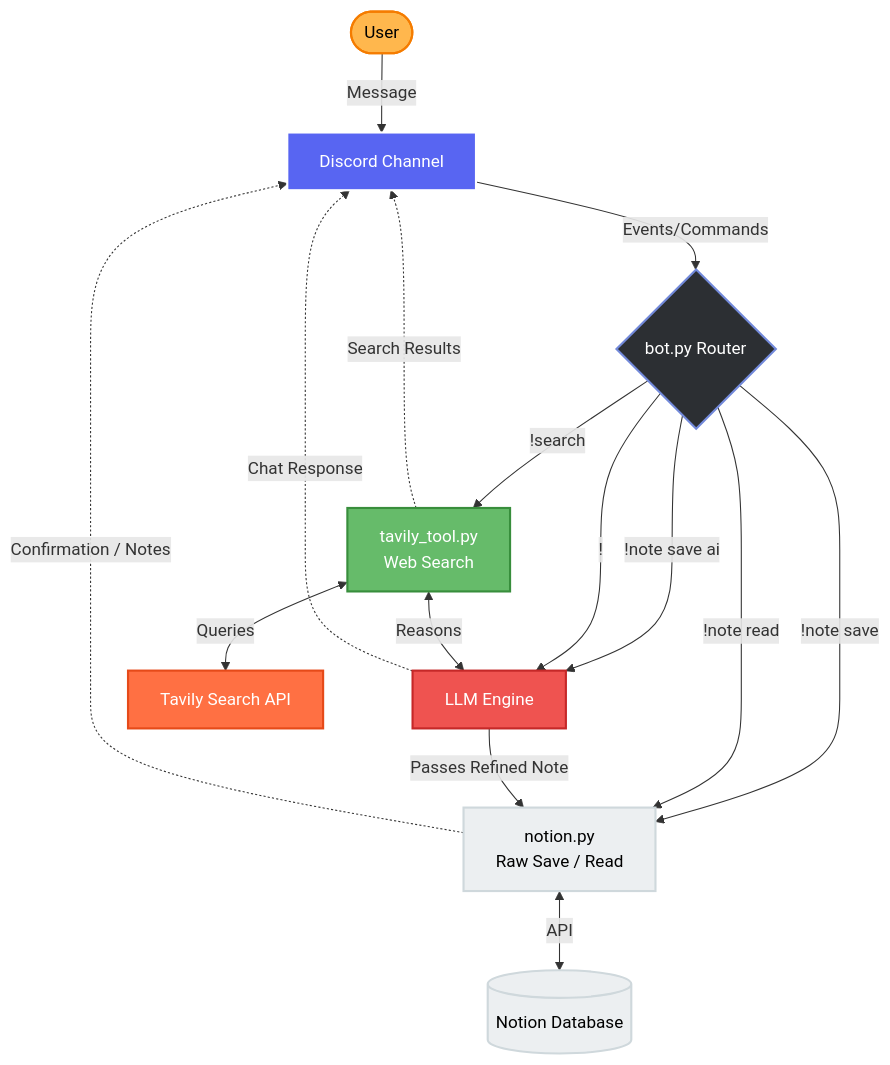
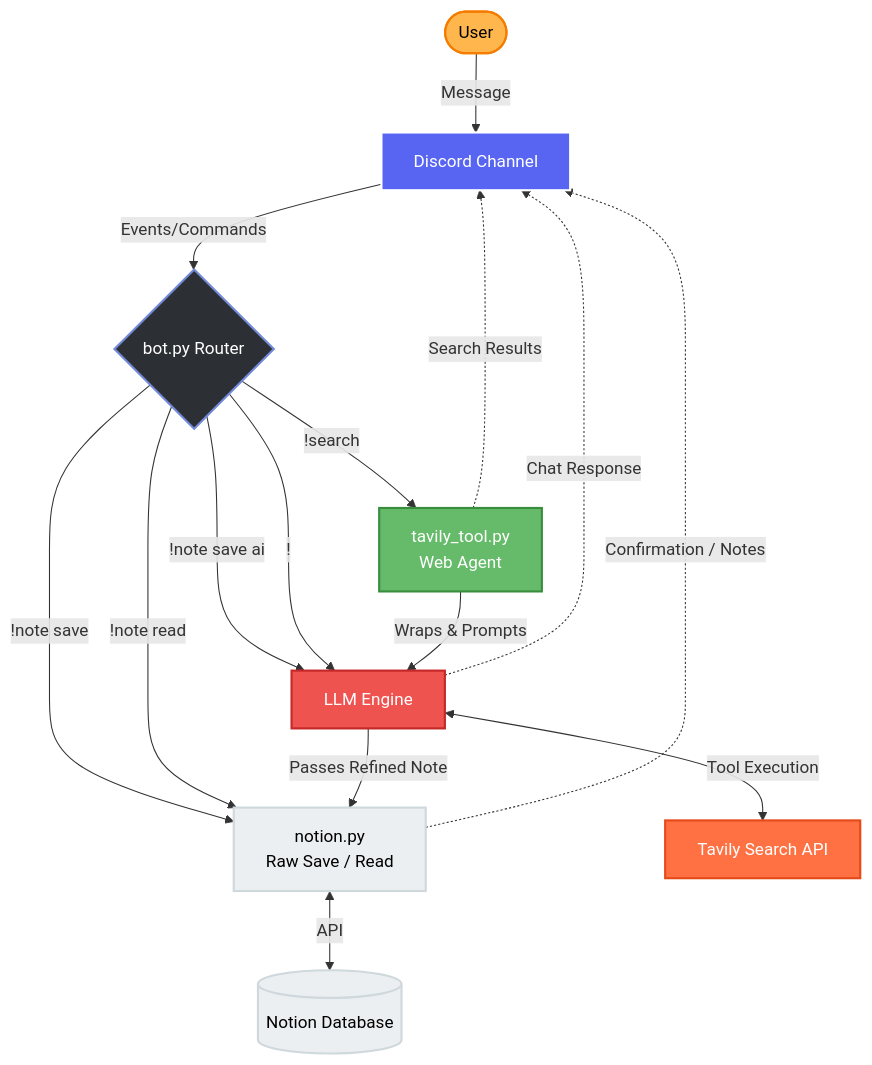
Before and after one commit to farhanrhine/Discord-Notion-Sync: the diagram in README.md, drawn with Mermaid.

Commit message:
refactor: update README to reflect Tavily tool's transition to an agent-based architecture

````diff
--- a/README.md
+++ b/README.md
@@ -16,32 +16,32 @@
 ```mermaid
 flowchart TD
     %% Define Styles
     classDef user fill:#FFB74D,stroke:#F57C00,stroke-width:2px,color:#000;
     classDef discord fill:#5865F2,stroke:#fff,stroke-width:2px,color:#fff;
     classDef bot fill:#2C2F33,stroke:#7289DA,stroke-width:2px,color:#fff;
     classDef agent fill:#66BB6A,stroke:#388E3C,stroke-width:2px,color:#fff;
     classDef notion fill:#ECEFF1,stroke:#CFD8DC,stroke-width:2px,color:#000;
     classDef tavily fill:#FF7043,stroke:#E64A19,stroke-width:2px,color:#fff;
     classDef LLM fill:#EF5350,stroke:#C62828,stroke-width:2px,color:#fff;
 
     User([User]):::user -->|Message| Discord[Discord Channel]:::discord
     Discord -->|Events/Commands| Bot{bot.py Router}:::bot
 
     %% Command Routing Logic
     Bot -->|!note save| NotionNode[notion.py \n Raw Save / Read]:::notion
     Bot -->|!note save ai| LLMCore[LLM Engine]:::LLM
     Bot -->|!note read| NotionNode
-    Bot -->|!search| AgentNode[tavily_tool.py \n Web Search]:::agent
+    Bot -->|!search| AgentNode[tavily_tool.py \n Web Agent]:::agent
     Bot -->|!<anything else>| LLMCore
 
     %% Data Flow & External Connections
     LLMCore -->|Passes Refined Note| NotionNode
     NotionNode <-->|API| NotionDB[(Notion Database)]:::notion
-    AgentNode <-->|Queries| Tavily[Tavily Search API]:::tavily
-    AgentNode <-->|Reasons| LLMCore
+    AgentNode -->|Wraps & Prompts| LLMCore
+    LLMCore <-->|Tool Execution| Tavily[Tavily Search API]:::tavily
 
     %% Bot Replies to User
     NotionNode -.->|Confirmation / Notes| Discord
     AgentNode -.->|Search Results| Discord
     LLMCore -.->|Chat Response| Discord
 ```
````
